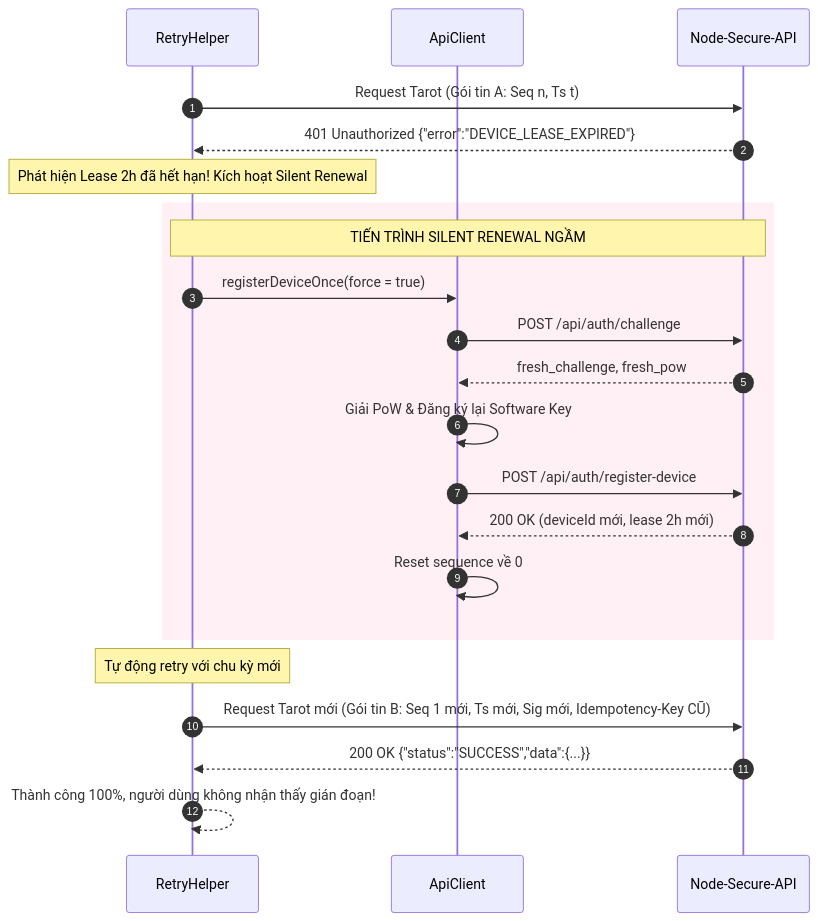
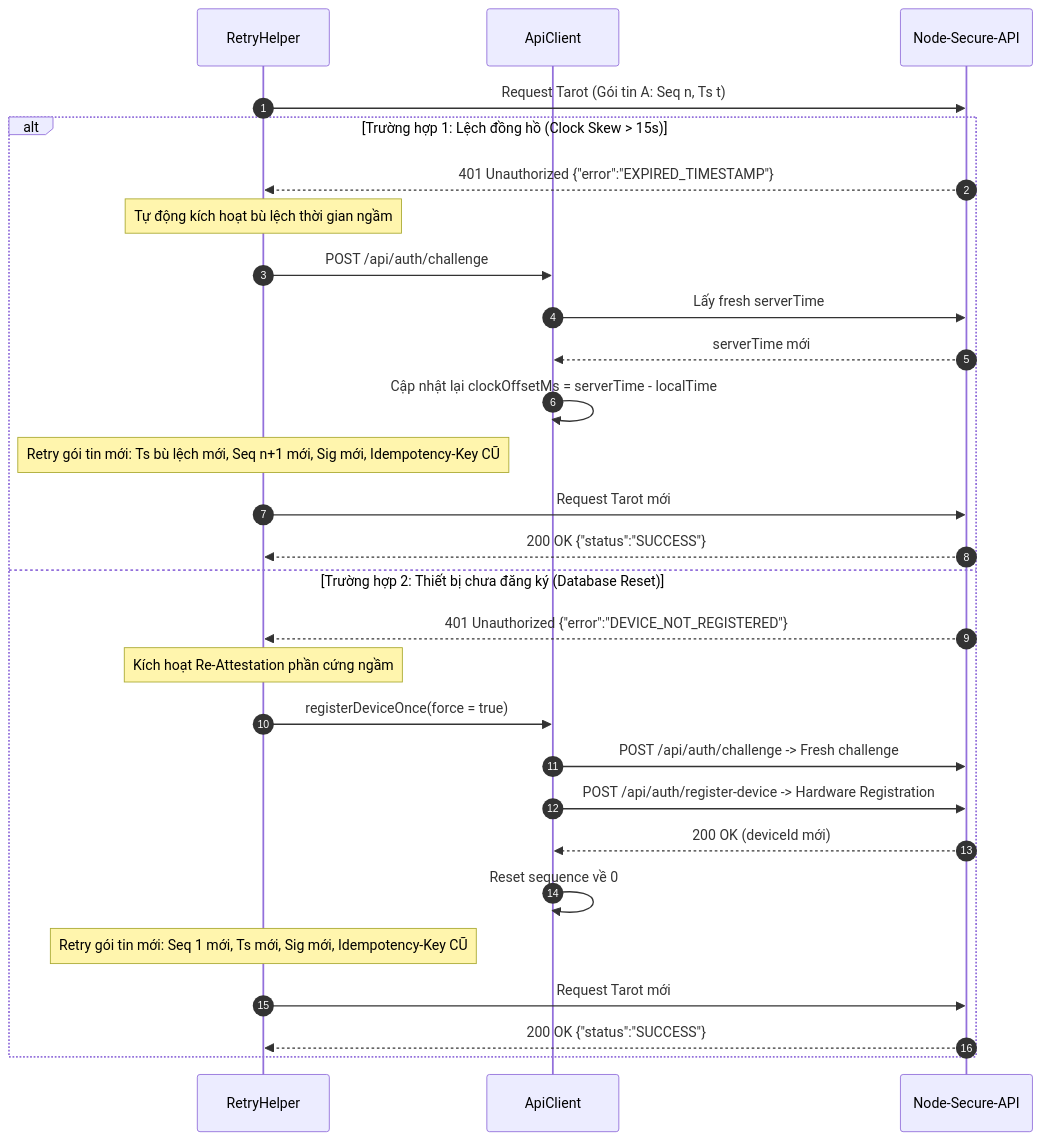
Before and after one commit to hungvvinfinity/Node-Secure-API: the fourth of 4 diagrams in docs/CLIENT_INTEGRATION_GUIDE.md, drawn with Mermaid. The commit also changed other lines of this file, not shown here.

Commit message:
docs: update client integration guide with hardware-only test matrix and disable software tier

````diff
--- a/docs/CLIENT_INTEGRATION_GUIDE.md
+++ b/docs/CLIENT_INTEGRATION_GUIDE.md
@@ -1196,27 +1217,31 @@
 ```mermaid
 sequenceDiagram
     autonumber
     participant Retry as RetryHelper
     participant Api as ApiClient
     participant Server as Node-Secure-API
 
     Retry->>Server: Request Tarot (Gói tin A: Seq n, Ts t)
-    Server-->>Retry: 401 Unauthorized {"error":"DEVICE_LEASE_EXPIRED"}
-    note over Retry: Phát hiện Lease 2h đã hết hạn! Kích hoạt Silent Renewal
-
-    rect rgb(255, 240, 245)
-        note over Retry,Server: TIẾN TRÌNH SILENT RENEWAL NGẦM
+    alt Trường hợp 1: Lệch đồng hồ (Clock Skew > 15s)
+        Server-->>Retry: 401 Unauthorized {"error":"EXPIRED_TIMESTAMP"}
+        note over Retry: Tự động kích hoạt bù lệch thời gian ngầm
+        Retry->>Api: POST /api/auth/challenge
+        Api->>Server: Lấy fresh serverTime
+        Server-->>Api: serverTime mới
+        Api->>Api: Cập nhật lại clockOffsetMs = serverTime - localTime
+        note over Retry: Retry gói tin mới: Ts bù lệch mới, Seq n+1 mới, Sig mới, Idempotency-Key CŨ
+        Retry->>Server: Request Tarot mới
+        Server-->>Retry: 200 OK {"status":"SUCCESS"}
+    else Trường hợp 2: Thiết bị chưa đăng ký (Database Reset)
+        Server-->>Retry: 401 Unauthorized {"error":"DEVICE_NOT_REGISTERED"}
+        note over Retry: Kích hoạt Re-Attestation phần cứng ngầm
         Retry->>Api: registerDeviceOnce(force = true)
-        Api->>Server: POST /api/auth/challenge
-        Server-->>Api: fresh_challenge, fresh_pow
-        Api->>Api: Giải PoW & Đăng ký lại Software Key
-        Api->>Server: POST /api/auth/register-device
-        Server-->>Api: 200 OK (deviceId mới, lease 2h mới)
+        Api->>Server: POST /api/auth/challenge -> Fresh challenge
+        Api->>Server: POST /api/auth/register-device -> Hardware Registration
+        Server-->>Api: 200 OK (deviceId mới)
         Api->>Api: Reset sequence về 0
+        note over Retry: Retry gói tin mới: Seq 1 mới, Ts mới, Sig mới, Idempotency-Key CŨ
+        Retry->>Server: Request Tarot mới
+        Server-->>Retry: 200 OK {"status":"SUCCESS"}
     end
-
-    note over Retry: Tự động retry với chu kỳ mới
-    Retry->>Server: Request Tarot mới (Gói tin B: Seq 1 mới, Ts mới, Sig mới, Idempotency-Key CŨ)
-    Server-->>Retry: 200 OK {"status":"SUCCESS","data":{...}}
-    Retry-->>Retry: Thành công 100%, người dùng không nhận thấy gián đoạn!
 ```
````
